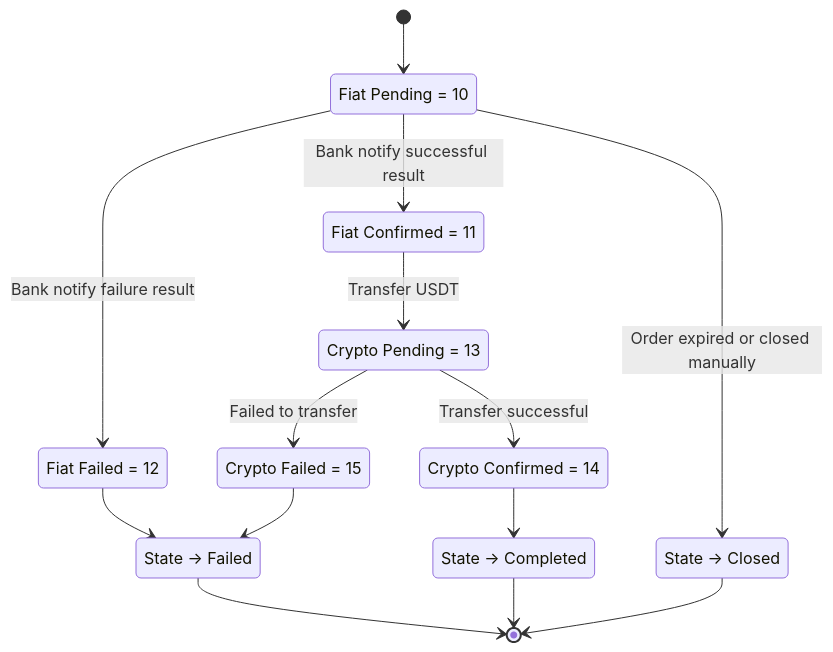
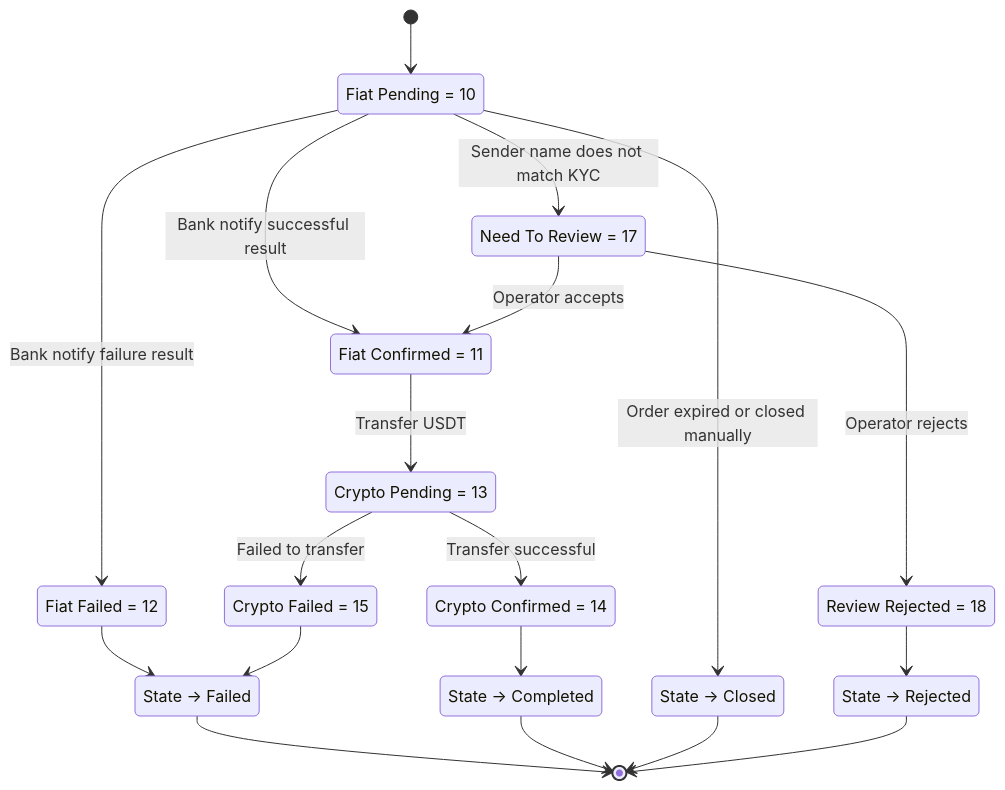
One commit to trung-holdstation/HoldstationPay-doc changed the second of 2 diagrams in guides/onramp-flow.mdx. Above: the diagram before and after it, drawn with Mermaid. The commit also changed 1 other file, not shown here.

Commit message:
Sync order/onramp states with new Rejected + KYC review branches
- Order States: add Rejected (8) row and RJ node/edge in the diagram
  ('Rejected by operator after manual review').
- Onramp Processing States: add Need To Review (17) and Review
  Rejected (18) rows. Onramp state diagram gains NR/RR nodes and the
  FP -> NR -> {FC, RR} -> RJ branch for orders whose sender name does
  not match KYC.

````diff
--- a/guides/onramp-flow.mdx
+++ b/guides/onramp-flow.mdx
@@ -37,26 +37,34 @@
 ```mermaid
 stateDiagram-v2
     state "State -> Completed" as C
     state "State -> Failed" as F
     state "State -> Closed" as CL
+    state "State -> Rejected" as RJ
     state "Fiat Pending = 10" as FP
     state "Fiat Confirmed = 11" as FC
     state "Fiat Failed = 12" as FF
     state "Crypto Pending = 13" as CP
     state "Crypto Confirmed = 14" as CC
     state "Crypto Failed = 15" as CF
+    state "Need To Review = 17" as NR
+    state "Review Rejected = 18" as RR
 
     [*] --> FP
     FP --> FC: Bank notify successful result
     FP --> CL: Order expired or closed manually
     FP --> FF: Bank notify failure result
+    FP --> NR: Sender name does not match KYC
+    NR --> FC: Operator accepts
+    NR --> RR: Operator rejects
+    RR --> RJ
     FF --> F
     FC --> CP: Transfer USDT
     CP --> CC: Transfer successful
     CC --> C
     CP --> CF: Failed to transfer
     CF --> F
     F --> [*]
     C --> [*]
     CL --> [*]
+    RJ --> [*]
 ```
````
